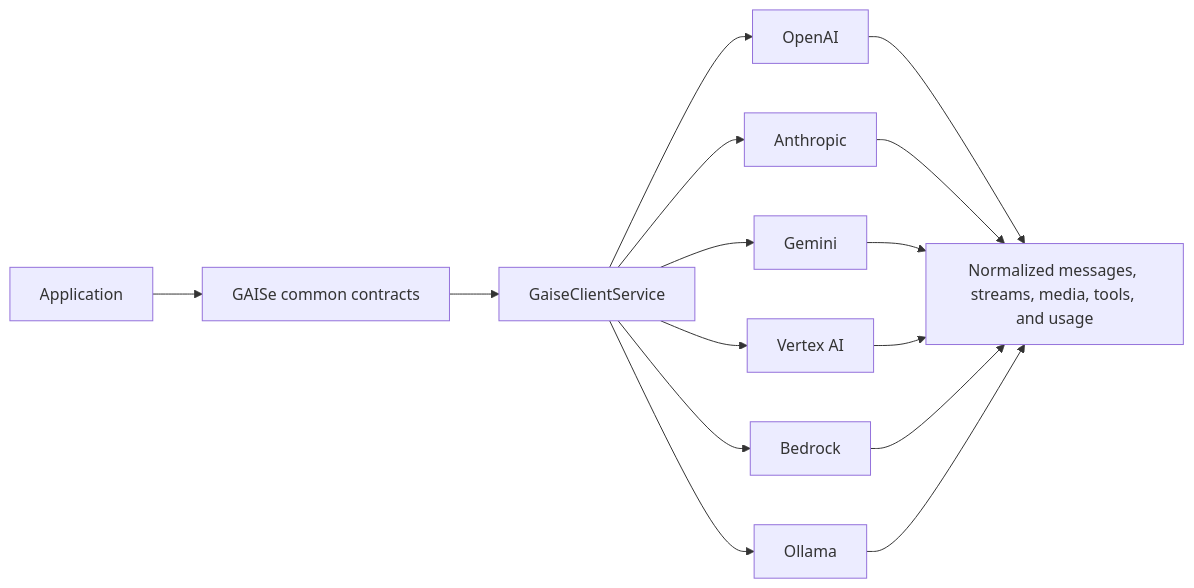
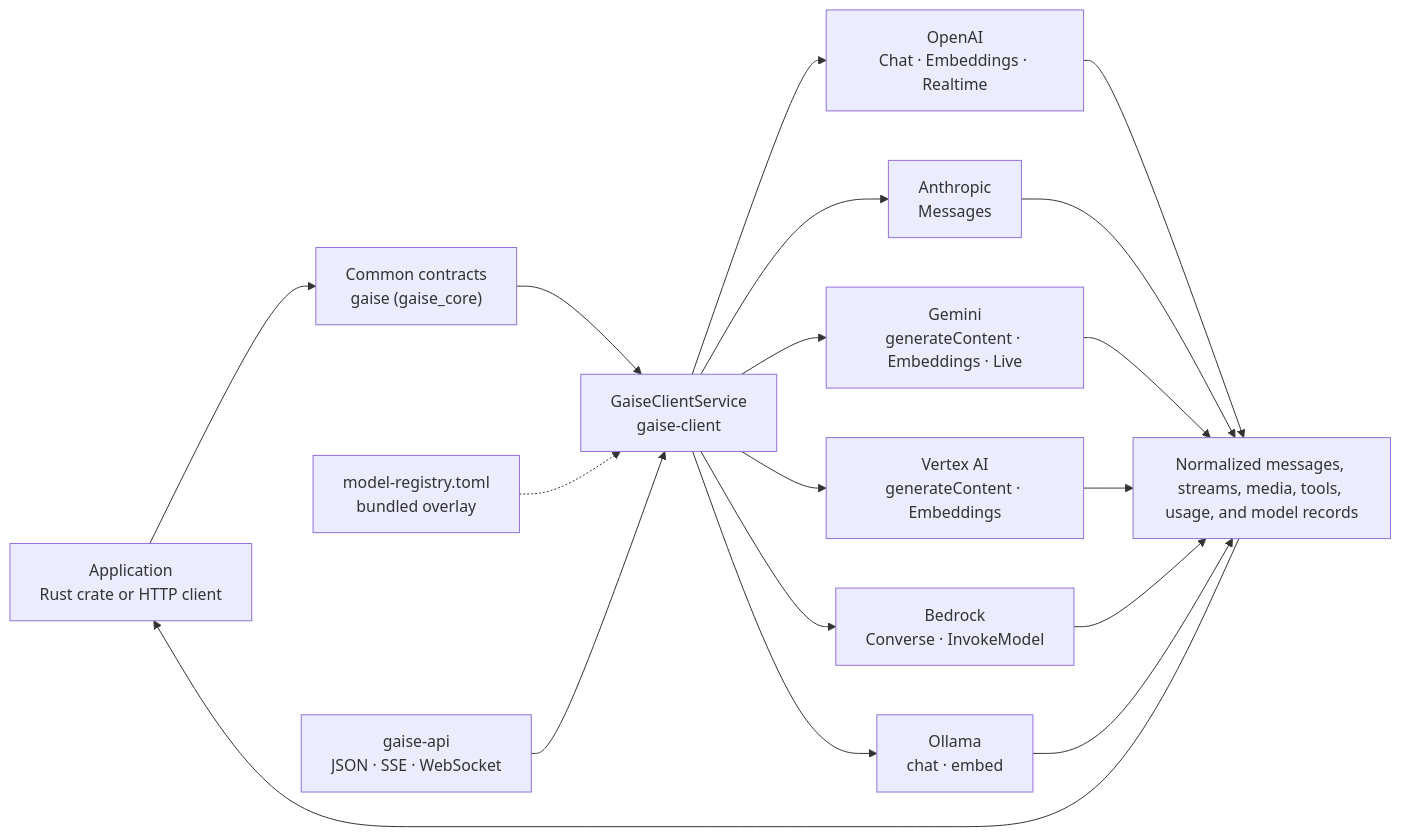
The first of 2 diagrams in wiki/README.md (ikcore/gaise), drawn with Mermaid before and after one commit. The commit also changed other lines of this file and 56 other files, not shown here.

````diff
--- a/wiki/README.md
+++ b/wiki/README.md
@@ -26,17 +40,15 @@
 ```mermaid
 flowchart LR
-    App[Application] --> Contract[GAISe common contracts]
-    Contract --> Router[GaiseClientService]
-    Router --> OAI[OpenAI]
-    Router --> ANT[Anthropic]
-    Router --> GEM[Gemini]
-    Router --> VAI[Vertex AI]
-    Router --> BED[Bedrock]
-    Router --> OLL[Ollama]
-    OAI --> Normalized[Normalized messages, streams, media, tools, and usage]
-    ANT --> Normalized
-    GEM --> Normalized
-    VAI --> Normalized
-    BED --> Normalized
-    OLL --> Normalized
+    App["Application<br/>Rust crate or HTTP client"] --> Contract["Common contracts<br/>gaise (gaise_core)"]
+    Contract --> Router["GaiseClientService<br/>gaise-client"]
+    Router --> OAI["OpenAI<br/>Chat · Embeddings · Realtime"]
+    Router --> ANT["Anthropic<br/>Messages"]
+    Router --> GEM["Gemini<br/>generateContent · Embeddings · Live"]
+    Router --> VAI["Vertex AI<br/>generateContent · Embeddings"]
+    Router --> BED["Bedrock<br/>Converse · InvokeModel"]
+    Router --> OLL["Ollama<br/>chat · embed"]
+    Registry["model-registry.toml<br/>bundled overlay"] -.-> Router
+    OAI & ANT & GEM & VAI & BED & OLL --> Norm["Normalized messages, streams, media, tools, usage, and model records"]
+    Norm --> App
+    HTTP["gaise-api<br/>JSON · SSE · WebSocket"] --> Router
 ```
````
